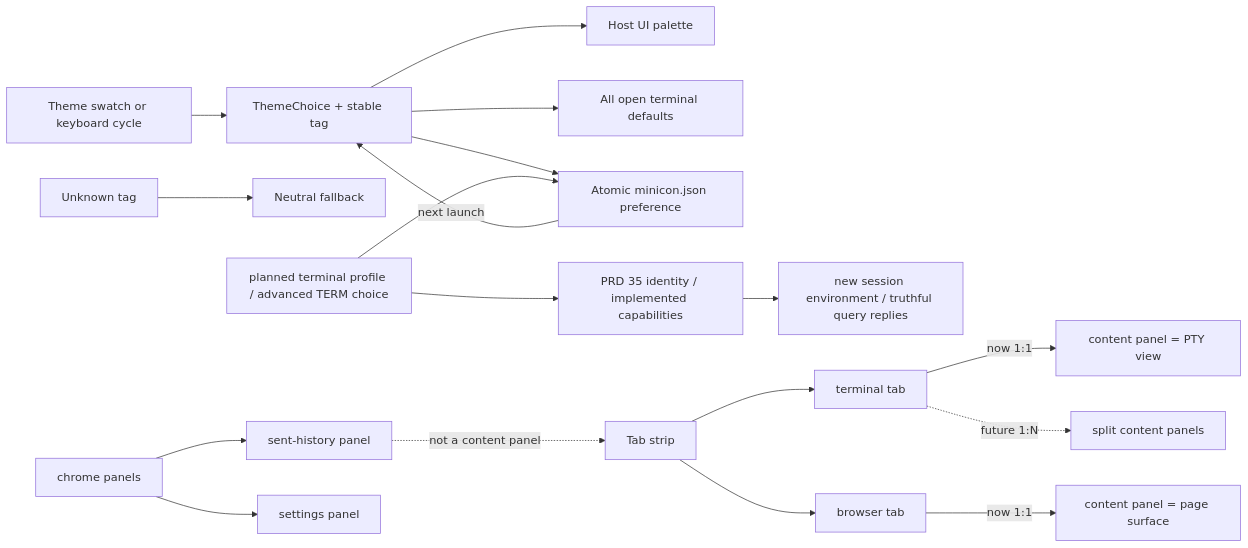
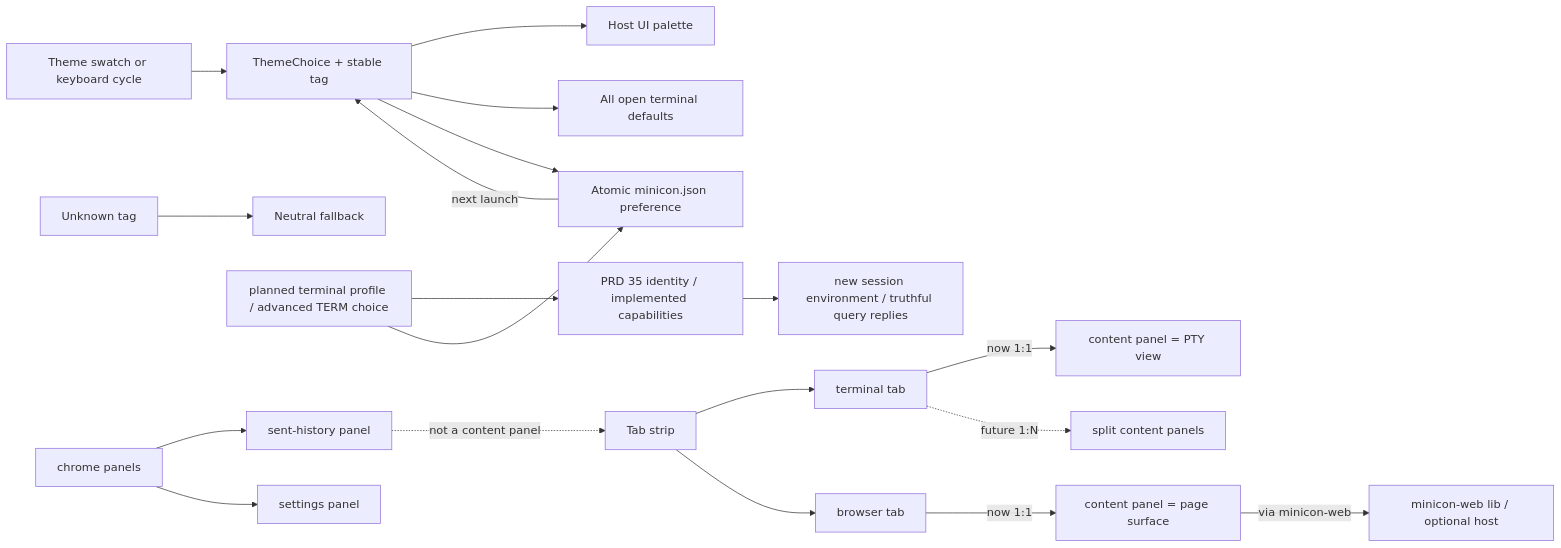
One commit to partnernetsoftware/minicon changed the first of 2 diagrams in prd/PRD_02_25_con_workspace.md. Above: the diagram before and after it, drawn with Mermaid. The commit also changed other lines of this file and 4 other files, not shown here.

First line of the commit message:
docs(prd): adopt minicon-web as browser surface boundary

````diff
--- a/prd/PRD_02_25_con_workspace.md
+++ b/prd/PRD_02_25_con_workspace.md
@@ -50,20 +50,21 @@
 ```mermaid
 flowchart LR
     Choice["Theme swatch or keyboard cycle"] --> T["ThemeChoice + stable tag"]
     T --> Host["Host UI palette"]
     T --> Tabs["All open terminal defaults"]
     T --> Save["Atomic minicon.json preference"]
     Save -->|next launch| T
     Bad["Unknown tag"] --> Default["Neutral fallback"]
     Term["planned terminal profile / advanced TERM choice"] --> Contract["PRD 35 identity / implemented capabilities"]
     Contract --> Spawn["new session environment / truthful query replies"]
     Term --> Save
     Strip["Tab strip"] --> TermTab["terminal tab"]
     Strip --> BrTab["browser tab"]
     TermTab -->|"now 1:1"| TermCP["content panel = PTY view"]
     BrTab -->|"now 1:1"| BrCP["content panel = page surface"]
+    BrCP -->|"via minicon-web"| Web["minicon-web lib / optional host"]
     TermTab -.->|"future 1:N"| Multi["split content panels"]
     Chrome["chrome panels"] --> Hist["sent-history panel"]
     Chrome --> Sett["settings panel"]
     Hist -.->|"not a content panel"| Strip
 ```
````
